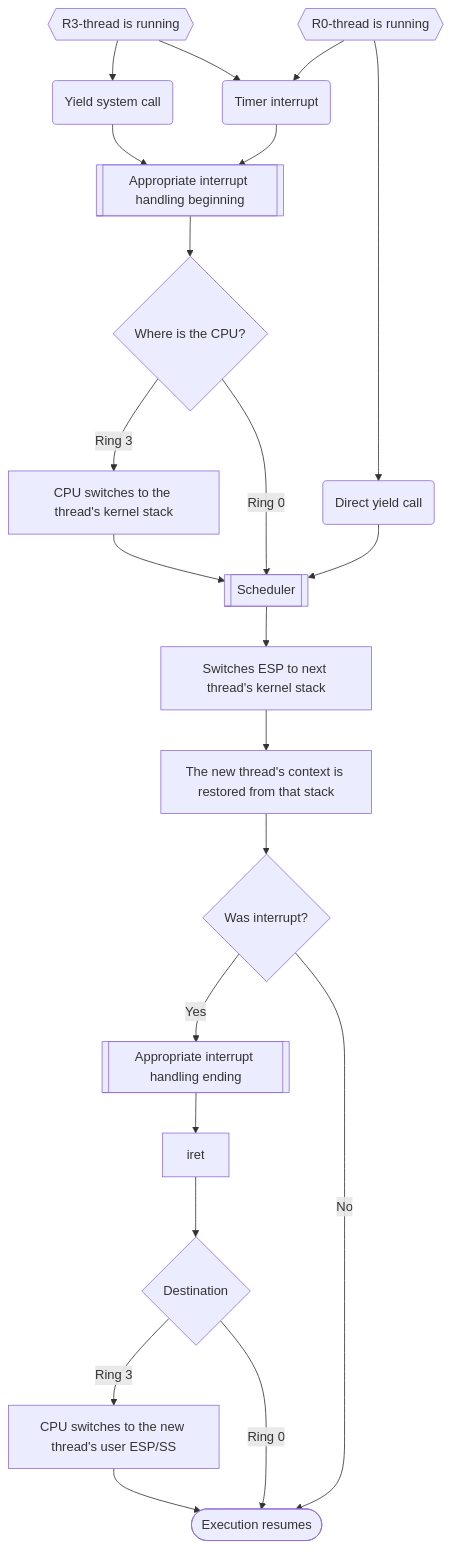
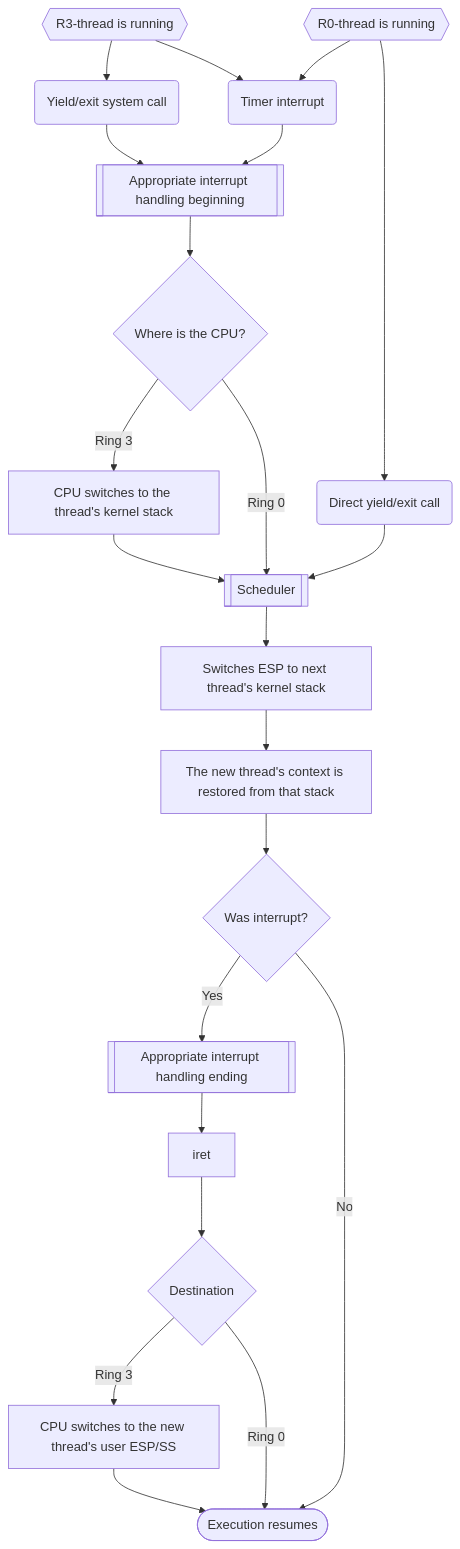
The diagram in README.md (jalya001/Rudimentary-x86-32-OS), drawn with Mermaid before and after one commit. The commit also changed other lines of this file, not shown here.

````diff
--- a/README.md
+++ b/README.md
@@ -469,39 +472,39 @@
 ```mermaid
 flowchart TD
 
 T0{{R0-thread is running}}
 
 T3{{R3-thread is running}}
 
 T0-->A
 T0-->Y
-T3-->YS(Yield system call)
+T3-->YS(Yield/exit system call)
 T3-->A
 
 YS-->II[[Appropriate interrupt handling beginning]]
 
 A(Timer interrupt) --> II
 
 II --> B{Where is the CPU?}
 
 B -->|Ring 3| C[CPU switches to the thread's kernel stack]
 B -->|Ring 0| E
 
-Y(Direct yield call) --> E
+Y(Direct yield/exit call) --> E
 
 C --> E[[Scheduler]]
 E--> SK[Switches ESP to next thread's kernel stack]
 SK-->CT[The new thread's context is restored from that stack]
 
 CT --> F{Was interrupt?}
 F-->|Yes| IE[[Appropriate interrupt handling ending]]
 IE-->IR[iret]
 
 F -->|No| ER([Execution resumes])
 IR --> DR{Destination}
 
 DR-->|Ring 3| H[CPU switches to the new thread's user ESP/SS]
 DR-->|Ring 0| ER
 H-->ER
 
 ```
````
